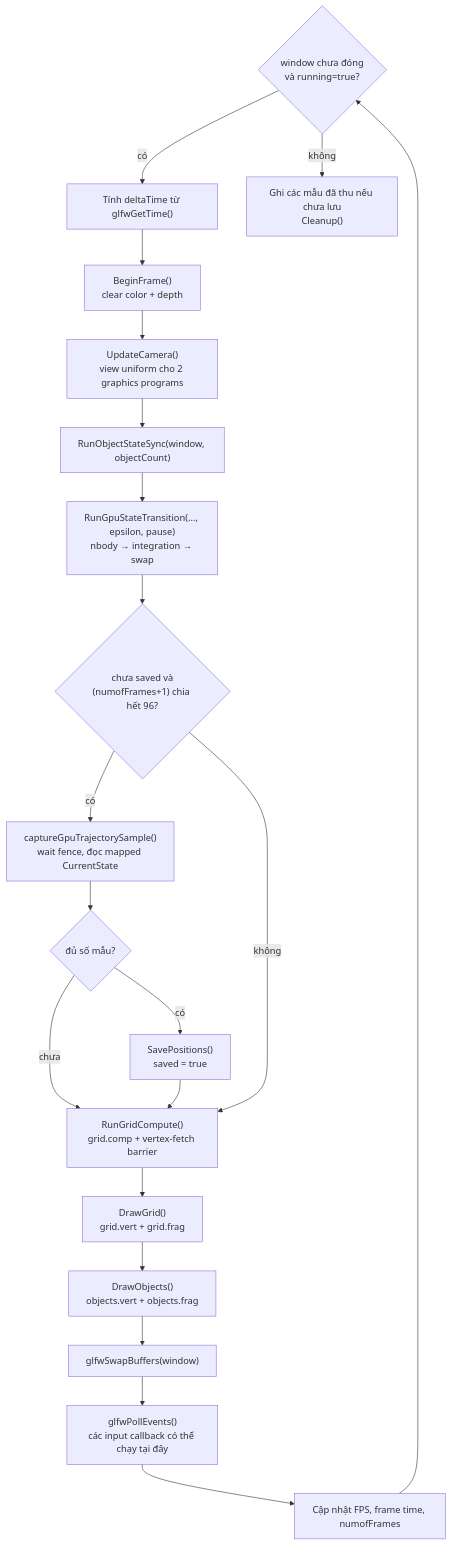
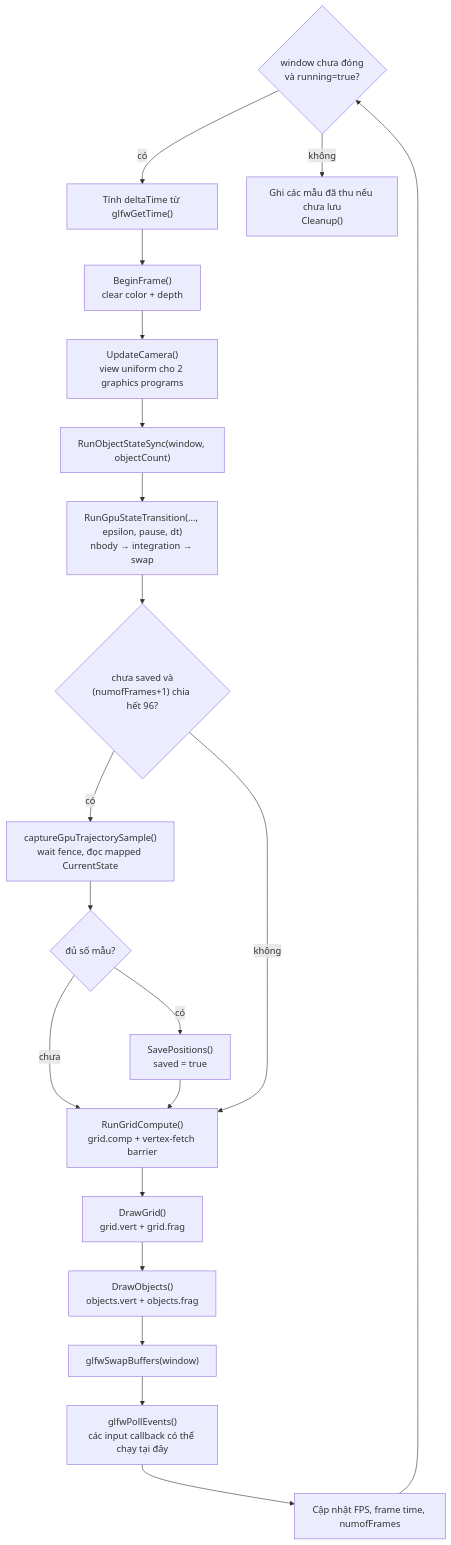
Before and after one commit to quocthaile/gravity_sim: the third of 10 diagrams in docs/gravity_sim_system_mermaid.md, drawn with Mermaid. The commit also changed other lines of this file and 17 other files, not shown here.

````diff
--- a/docs/gravity_sim_system_mermaid.md
+++ b/docs/gravity_sim_system_mermaid.md
@@ -93,23 +97,23 @@
 ```mermaid
 flowchart TD
     CHECK{"window chưa đóng<br/>và running=true?"}
     CHECK -->|"có"| TIME["Tính deltaTime từ glfwGetTime()"]
     TIME --> BEGIN["BeginFrame()<br/>clear color + depth"]
     BEGIN --> CAM["UpdateCamera()<br/>view uniform cho 2 graphics programs"]
     CAM --> SYNC["RunObjectStateSync(window, objectCount)"]
-    SYNC --> TRANS["RunGpuStateTransition(..., epsilon, pause)<br/>nbody → integration → swap"]
+    SYNC --> TRANS["RunGpuStateTransition(..., epsilon, pause, dt)<br/>nbody → integration → swap"]
     TRANS --> SAMPLE{"chưa saved và<br/>(numofFrames+1) chia hết 96?"}
     SAMPLE -->|"có"| CAP["captureGpuTrajectorySample()<br/>wait fence, đọc mapped CurrentState"]
     CAP --> ENOUGH{"đủ số mẫu?"}
     ENOUGH -->|"có"| CSV["SavePositions()<br/>saved = true"]
     ENOUGH -->|"chưa"| GRID["RunGridCompute()<br/>grid.comp + vertex-fetch barrier"]
     CSV --> GRID
     SAMPLE -->|"không"| GRID
     GRID --> DG["DrawGrid()<br/>grid.vert + grid.frag"]
     DG --> DO["DrawObjects()<br/>objects.vert + objects.frag"]
     DO --> SW["glfwSwapBuffers(window)"]
     SW --> EVENTS["glfwPollEvents()<br/>các input callback có thể chạy tại đây"]
     EVENTS --> STATS["Cập nhật FPS, frame time, numofFrames"]
     STATS --> CHECK
     CHECK -->|"không"| END["Ghi các mẫu đã thu nếu chưa lưu<br/>Cleanup()"]
 ```
````
